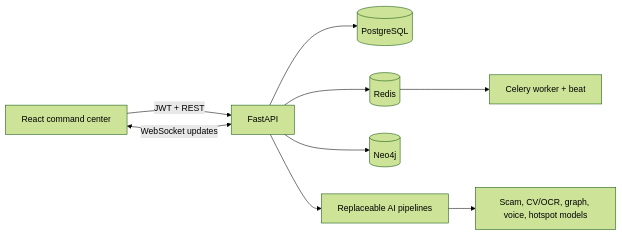
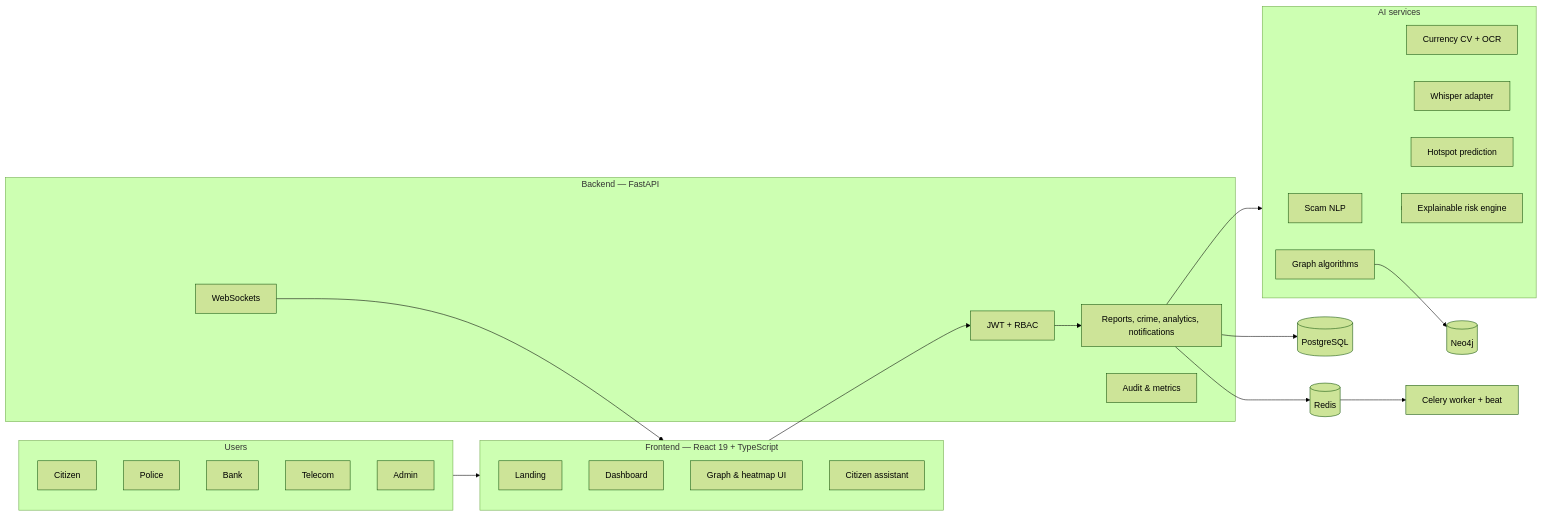
Before and after one commit to Sona30k/SecureSight-AI: the second of 2 diagrams in README.md, drawn with Mermaid (forest theme). The commit also changed other lines of this file and 2 other files, not shown here.

````diff
--- a/README.md
+++ b/README.md
@@ -9,11 +116,49 @@
 ```mermaid
 flowchart LR
-    UI["React command center"] -->|JWT + REST| API["FastAPI"]
-    UI <-->|WebSocket updates| API
-    API --> PG[("PostgreSQL")]
-    API --> Redis[("Redis")]
-    API --> Neo4j[("Neo4j")]
-    API --> AI["Replaceable AI pipelines"]
-    Redis --> Worker["Celery worker + beat"]
-    AI --> Models["Scam, CV/OCR, graph, voice, hotspot models"]
+    subgraph Users
+      Citizen
+      Police
+      Bank
+      Telecom
+      Admin
+    end
+
+    subgraph Frontend["Frontend — React 19 + TypeScript"]
+      Landing
+      Dashboard
+      GraphUI["Graph & heatmap UI"]
+      AssistantUI["Citizen assistant"]
+    end
+
+    subgraph Backend["Backend — FastAPI"]
+      Auth["JWT + RBAC"]
+      Domain["Reports, crime, analytics, notifications"]
+      Realtime["WebSockets"]
+      Audit["Audit & metrics"]
+    end
+
+    subgraph Intelligence["AI services"]
+      Scam["Scam NLP"]
+      Vision["Currency CV + OCR"]
+      Voice["Whisper adapter"]
+      GraphAI["Graph algorithms"]
+      Hotspot["Hotspot prediction"]
+      Risk["Explainable risk engine"]
+    end
+
+    PG[("PostgreSQL")]
+    Neo[("Neo4j")]
+    Redis[("Redis")]
+    Celery["Celery worker + beat"]
+
+    Users --> Frontend
+    Frontend --> Auth
+    Auth --> Domain
+    Domain --> Intelligence
+    Intelligence --> Risk
+    Domain --> PG
+    GraphAI --> Neo
+    Domain --> Redis
+    Redis --> Celery
+    Realtime --> Frontend
 ```
````
